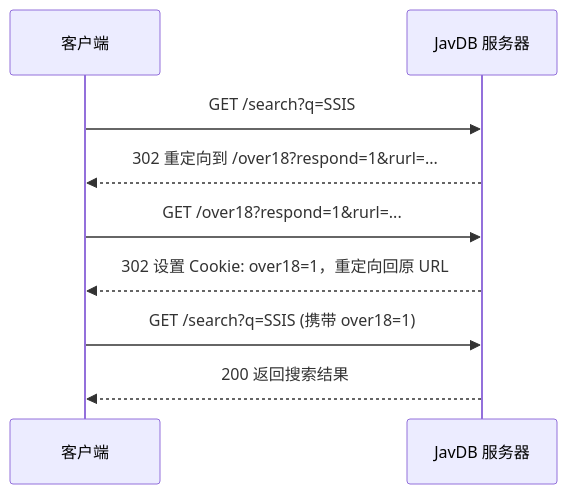
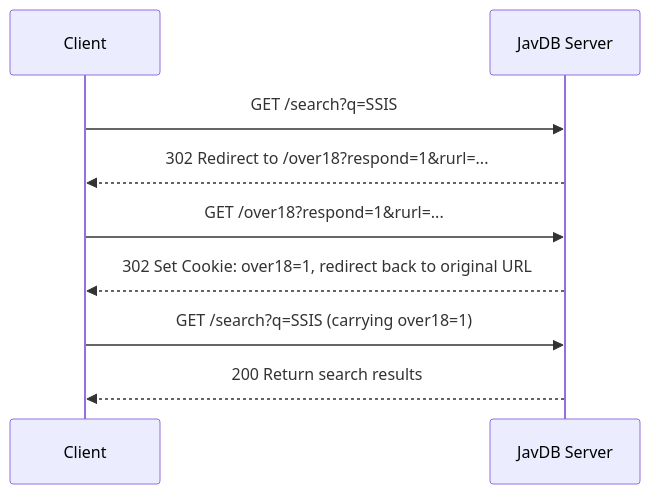
Before and after one commit to jqknono/jav-manager: the diagram in doc/JavDB_API_Documentation.md, drawn with Mermaid. The commit also changed other lines of this file and 18 other files, not shown here.

````diff
--- a/doc/JavDB_API_Documentation.md
+++ b/doc/JavDB_API_Documentation.md
@@ -281,12 +281,12 @@
 ```mermaid
 sequenceDiagram
-    participant Client as 客户端
-    participant JavDB as JavDB 服务器
-    
+    participant Client as Client
+    participant JavDB as JavDB Server
+
     Client->>JavDB: GET /search?q=SSIS
-    JavDB-->>Client: 302 重定向到 /over18?respond=1&rurl=...
+    JavDB-->>Client: 302 Redirect to /over18?respond=1&rurl=...
     Client->>JavDB: GET /over18?respond=1&rurl=...
-    JavDB-->>Client: 302 设置 Cookie: over18=1，重定向回原 URL
-    Client->>JavDB: GET /search?q=SSIS (携带 over18=1)
-    JavDB-->>Client: 200 返回搜索结果
+    JavDB-->>Client: 302 Set Cookie: over18=1, redirect back to original URL
+    Client->>JavDB: GET /search?q=SSIS (carrying over18=1)
+    JavDB-->>Client: 200 Return search results
 ```
````
